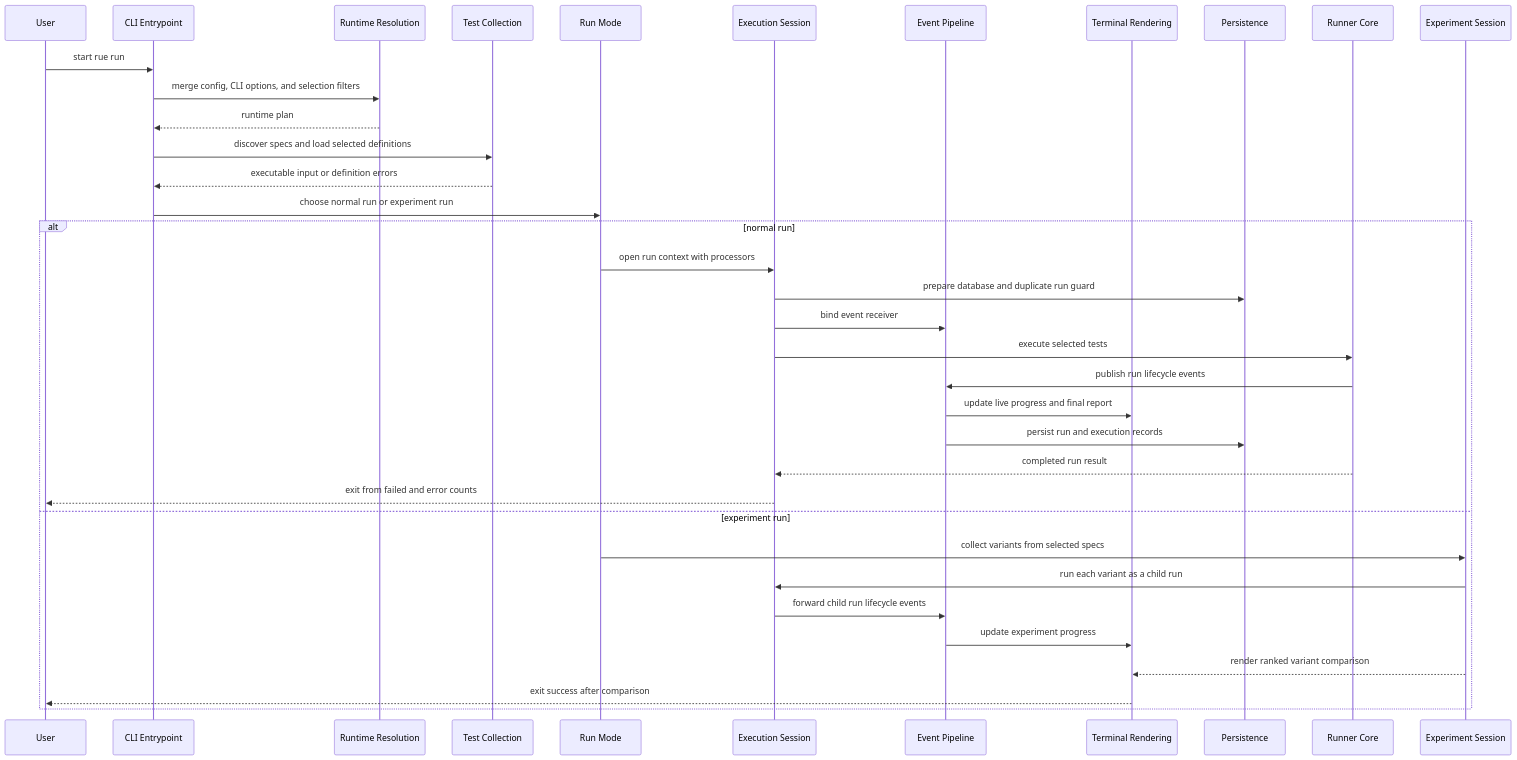
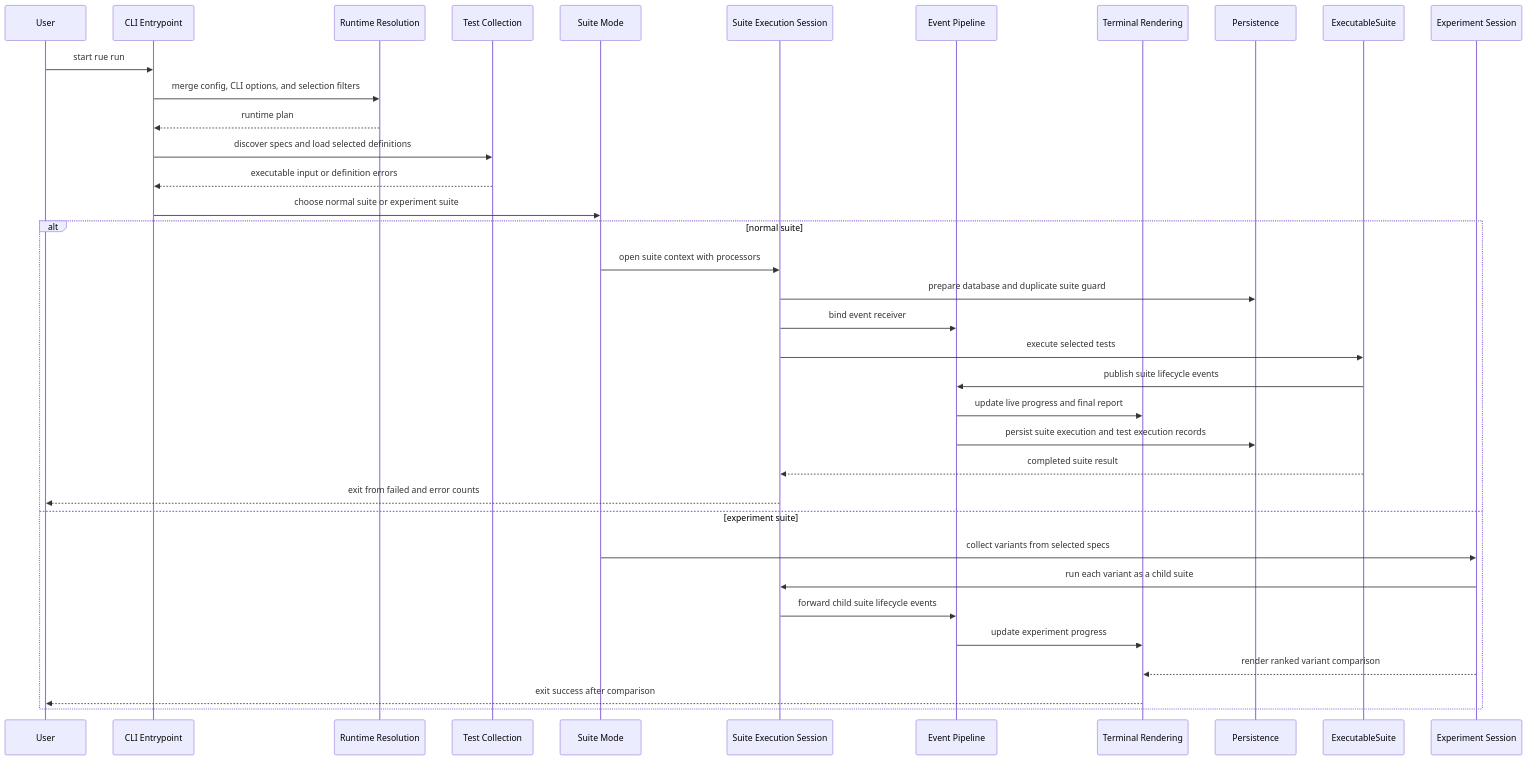
Before and after one commit to nickshirobokov/rue: the diagram in src/rue/cli/SPEC.md, drawn with Mermaid. The commit also changed other lines of this file and 124 other files, not shown here.

Commit message:
rename Run to Suite

````diff
--- a/src/rue/cli/SPEC.md
+++ b/src/rue/cli/SPEC.md
@@ -58,40 +59,40 @@
 ```mermaid
 sequenceDiagram
     participant User
     participant Entry as CLI Entrypoint
     participant Resolve as Runtime Resolution
     participant Collect as Test Collection
-    participant Mode as Run Mode
-    participant Session as Execution Session
+    participant Mode as Suite Mode
+    participant Session as Suite Execution Session
     participant Events as Event Pipeline
     participant Render as Terminal Rendering
     participant Store as Persistence
-    participant Core as Runner Core
+    participant Suite as ExecutableSuite
     participant Exp as Experiment Session
 
     User->>Entry: start rue run
     Entry->>Resolve: merge config, CLI options, and selection filters
     Resolve-->>Entry: runtime plan
     Entry->>Collect: discover specs and load selected definitions
     Collect-->>Entry: executable input or definition errors
-    Entry->>Mode: choose normal run or experiment run
+    Entry->>Mode: choose normal suite or experiment suite
 
-    alt normal run
-        Mode->>Session: open run context with processors
-        Session->>Store: prepare database and duplicate run guard
+    alt normal suite
+        Mode->>Session: open suite context with processors
+        Session->>Store: prepare database and duplicate suite guard
         Session->>Events: bind event receiver
-        Session->>Core: execute selected tests
-        Core->>Events: publish run lifecycle events
+        Session->>Suite: execute selected tests
+        Suite->>Events: publish suite lifecycle events
         Events->>Render: update live progress and final report
-        Events->>Store: persist run and execution records
-        Core-->>Session: completed run result
+        Events->>Store: persist suite execution and test execution records
+        Suite-->>Session: completed suite result
         Session-->>User: exit from failed and error counts
-    else experiment run
+    else experiment suite
         Mode->>Exp: collect variants from selected specs
-        Exp->>Session: run each variant as a child run
-        Session->>Events: forward child run lifecycle events
+        Exp->>Session: run each variant as a child suite
+        Session->>Events: forward child suite lifecycle events
         Events->>Render: update experiment progress
         Exp-->>Render: render ranked variant comparison
         Render-->>User: exit success after comparison
     end
 ```
````
